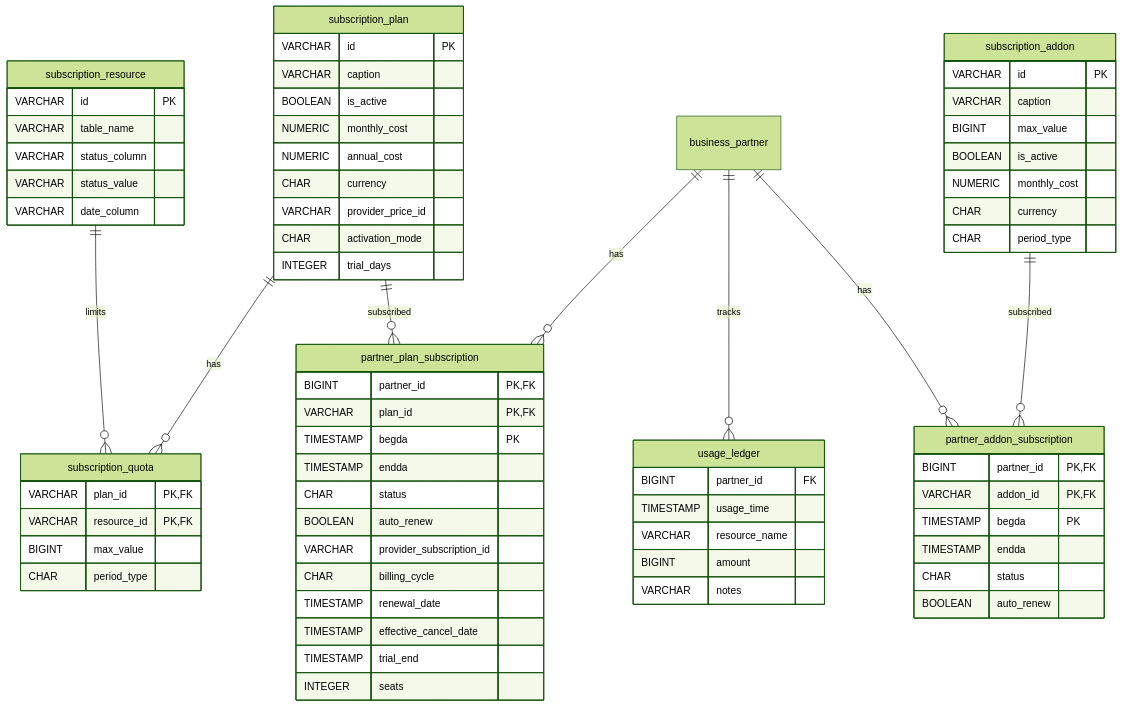
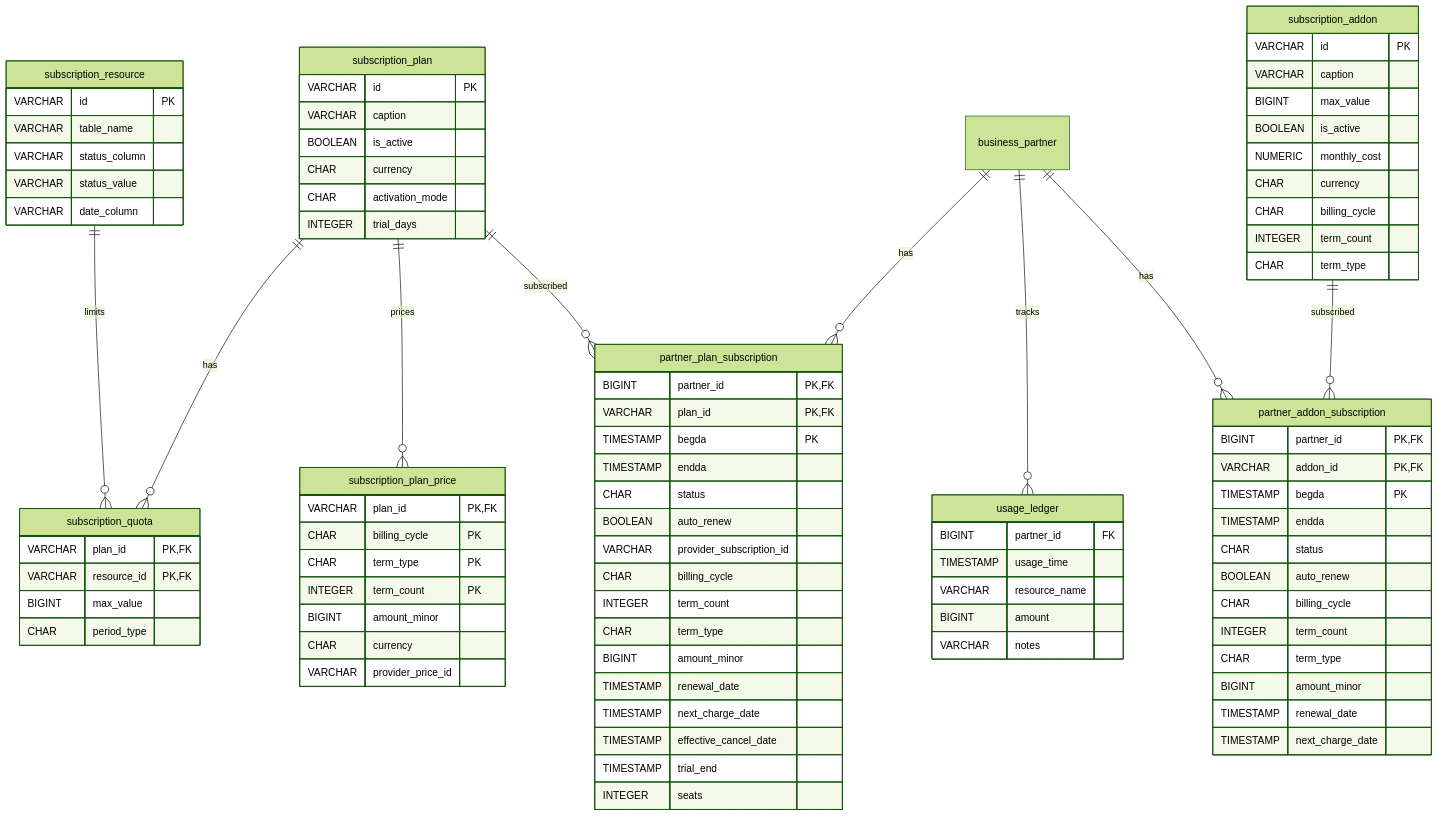
Before and after one commit to nauticana/keel: diagram 11 of 14 in README.md, drawn with Mermaid (forest theme). The commit also changed other lines of this file and 28 other files, not shown here.

Commit message:
v1.0.5 billing and subscription refactor, quota folder change

```diff
--- a/README.md
+++ b/README.md
@@ -2162,6 +2183,7 @@
 erDiagram
     subscription_resource ||--o{ subscription_quota : limits
     subscription_plan ||--o{ subscription_quota : has
+    subscription_plan ||--o{ subscription_plan_price : prices
     subscription_plan ||--o{ partner_plan_subscription : subscribed
     business_partner ||--o{ partner_plan_subscription : has
     business_partner ||--o{ usage_ledger : tracks
@@ -2172,12 +2194,18 @@
         VARCHAR id PK
         VARCHAR caption
         BOOLEAN is_active
-        NUMERIC monthly_cost
-        NUMERIC annual_cost
+        CHAR currency
+        CHAR activation_mode
+        INTEGER trial_days
+    }
+    subscription_plan_price {
+        VARCHAR plan_id PK,FK
+        CHAR billing_cycle PK
+        CHAR term_type PK
+        INTEGER term_count PK
+        BIGINT amount_minor
         CHAR currency
         VARCHAR provider_price_id
-        CHAR activation_mode
-        INTEGER trial_days
     }
     subscription_resource {
         VARCHAR id PK
@@ -2199,7 +2227,9 @@
         BOOLEAN is_active
         NUMERIC monthly_cost
         CHAR currency
-        CHAR period_type
+        CHAR billing_cycle
+        INTEGER term_count
+        CHAR term_type
     }
     partner_plan_subscription {
         BIGINT partner_id PK,FK
@@ -2210,7 +2240,11 @@
         BOOLEAN auto_renew
         VARCHAR provider_subscription_id
         CHAR billing_cycle
+        INTEGER term_count
+        CHAR term_type
+        BIGINT amount_minor
         TIMESTAMP renewal_date
+        TIMESTAMP next_charge_date
         TIMESTAMP effective_cancel_date
         TIMESTAMP trial_end
         INTEGER seats
@@ -2222,6 +2256,12 @@
         TIMESTAMP endda
         CHAR status
         BOOLEAN auto_renew
+        CHAR billing_cycle
+        INTEGER term_count
+        CHAR term_type
+        BIGINT amount_minor
+        TIMESTAMP renewal_date
+        TIMESTAMP next_charge_date
     }
     usage_ledger {
         BIGINT partner_id FK
```
